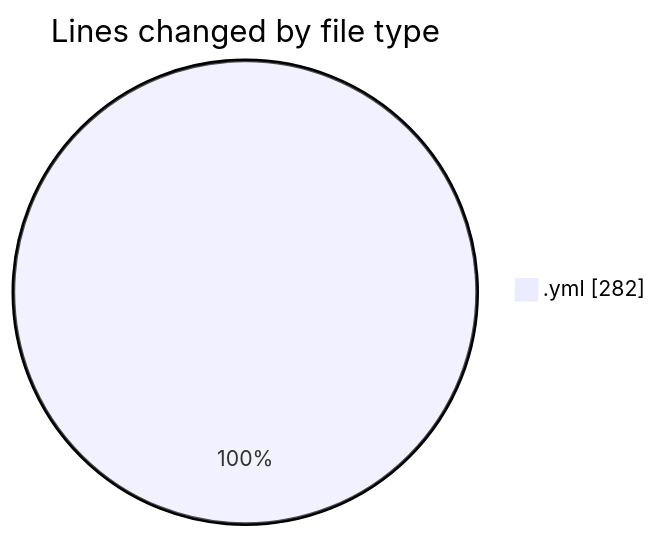
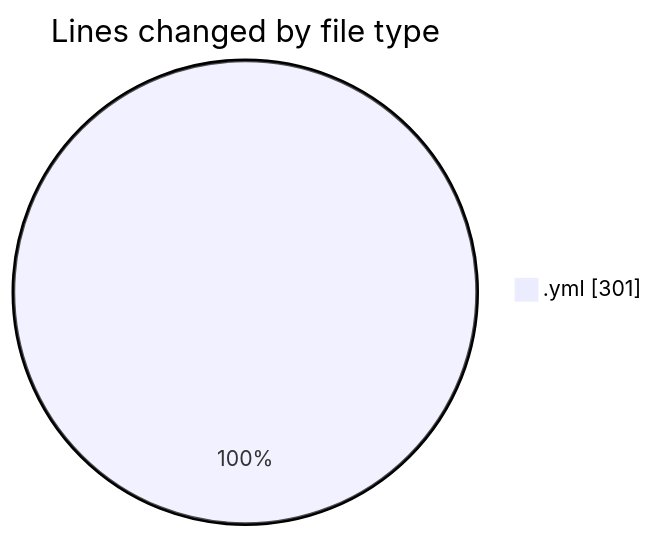
One commit to Netris89/code-tracking changed the first of 2 diagrams in 2025-04-23/back-end/README.md. Above: the diagram before and after it, drawn with Mermaid. The commit also changed other lines of this file and 1 other file, not shown here.

````diff
--- a/2025-04-23/back-end/README.md
+++ b/2025-04-23/back-end/README.md
@@ -22,5 +22,5 @@
 ```mermaid
 pie showData
 title Lines changed by file type
-".yml" : 282
+".yml" : 301
 ```
````
